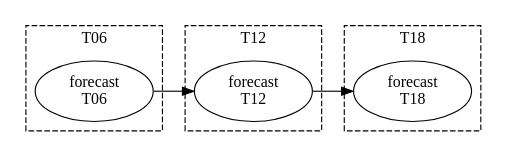
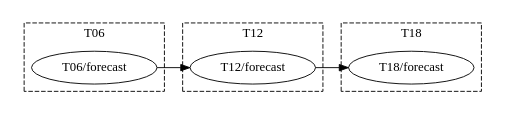
Before and after one commit to cylc/cylc-doc: the fourth of 5 diagrams in src/tutorial/scheduling/datetime-cycling.rst, drawn with Graphviz. The commit also changed other lines of this file, not shown here.

```diff
--- a/src/tutorial/scheduling/datetime-cycling.rst
+++ b/src/tutorial/scheduling/datetime-cycling.rst
@@ -548,25 +553,25 @@
       .. digraph:: example
          :align: center
 
          size = "4,1.5"
          rankdir=LR
 
          subgraph cluster_T06 {
              label="T06"
              style="dashed"
-             "forecast.t06" [label="forecast\nT06"]
+             "forecast.t06" [label="T06/forecast"]
          }
 
          subgraph cluster_T12 {
              label="T12"
              style="dashed"
-             "forecast.t12" [label="forecast\nT12"]
+             "forecast.t12" [label="T12/forecast"]
          }
 
          subgraph cluster_T18 {
              label="T18"
              style="dashed"
-             "forecast.t18" [label="forecast\nT18"]
+             "forecast.t18" [label="T18/forecast"]
          }
 
          "forecast.t06" -> "forecast.t12" -> "forecast.t18"
```
